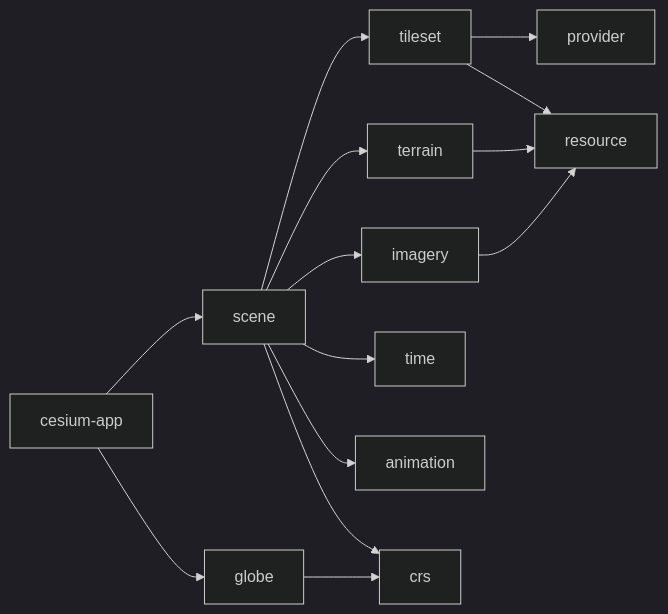
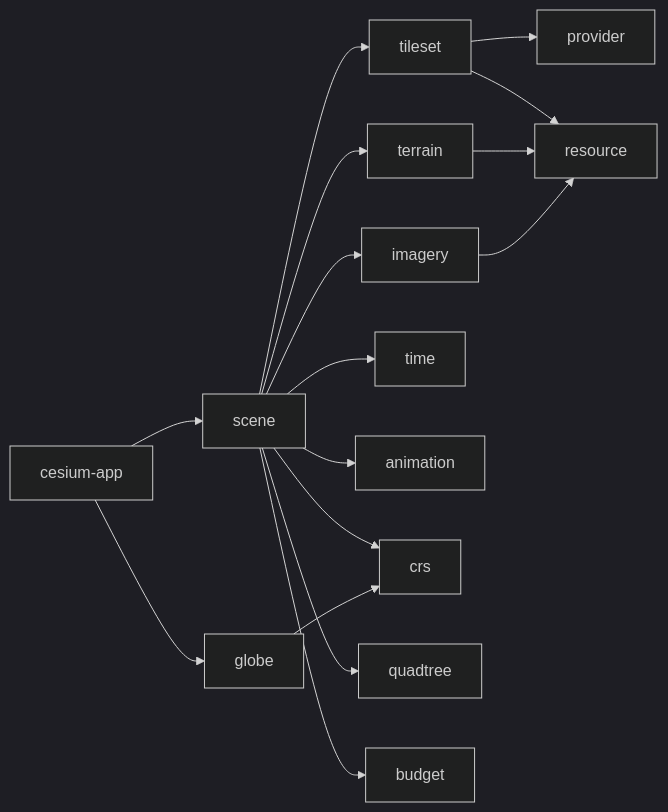
Diagram 12 of 12 in .qoder/repowiki/zh/content/核心概念/渲染管线与场景图/动态地球渲染系统.md (rzhangjing/cesium), drawn with Mermaid (dark theme) before and after one commit. The commit also changed other lines of this file and 24 other files, not shown here.

````diff
--- a/.qoder/repowiki/zh/content/核心概念/渲染管线与场景图/动态地球渲染系统.md
+++ b/.qoder/repowiki/zh/content/核心概念/渲染管线与场景图/动态地球渲染系统.md
@@ -370,16 +465,18 @@
 ```mermaid
 graph LR
 App["cesium-app"] --> DomainGlobe["globe"]
 App --> DomainScene["scene"]
 DomainScene --> DomainTerrain["terrain"]
 DomainScene --> DomainImagery["imagery"]
 DomainScene --> DomainTileset["tileset"]
 DomainScene --> DomainTime["time"]
 DomainScene --> DomainAnimation["animation"]
 DomainScene --> DomainCRS["crs"]
 DomainTileset --> DomainResource["resource"]
 DomainTileset --> DomainProvider["provider"]
 DomainTerrain --> DomainResource
 DomainImagery --> DomainResource
 DomainGlobe --> DomainCRS
+DomainScene --> DomainQuadtree["quadtree"]
+DomainScene --> DomainBudget["budget"]
 ```
````
